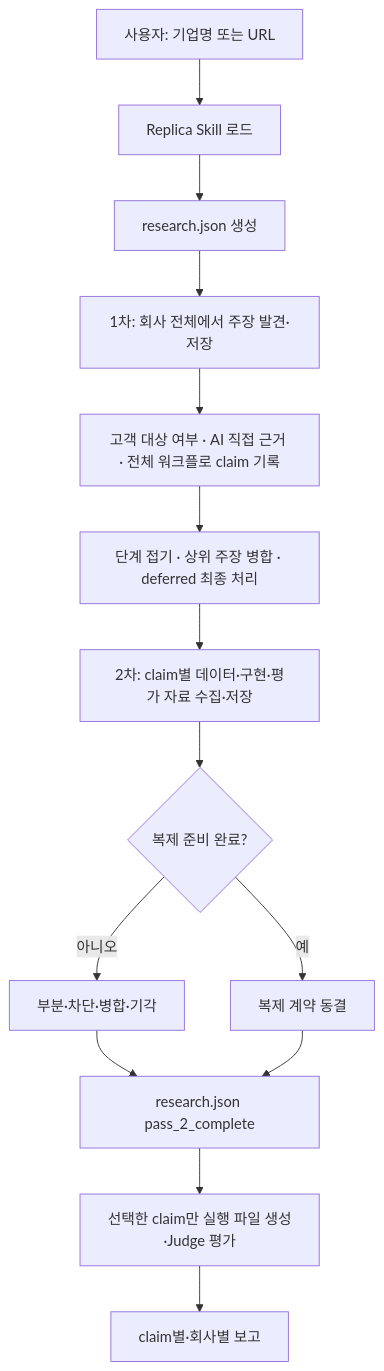
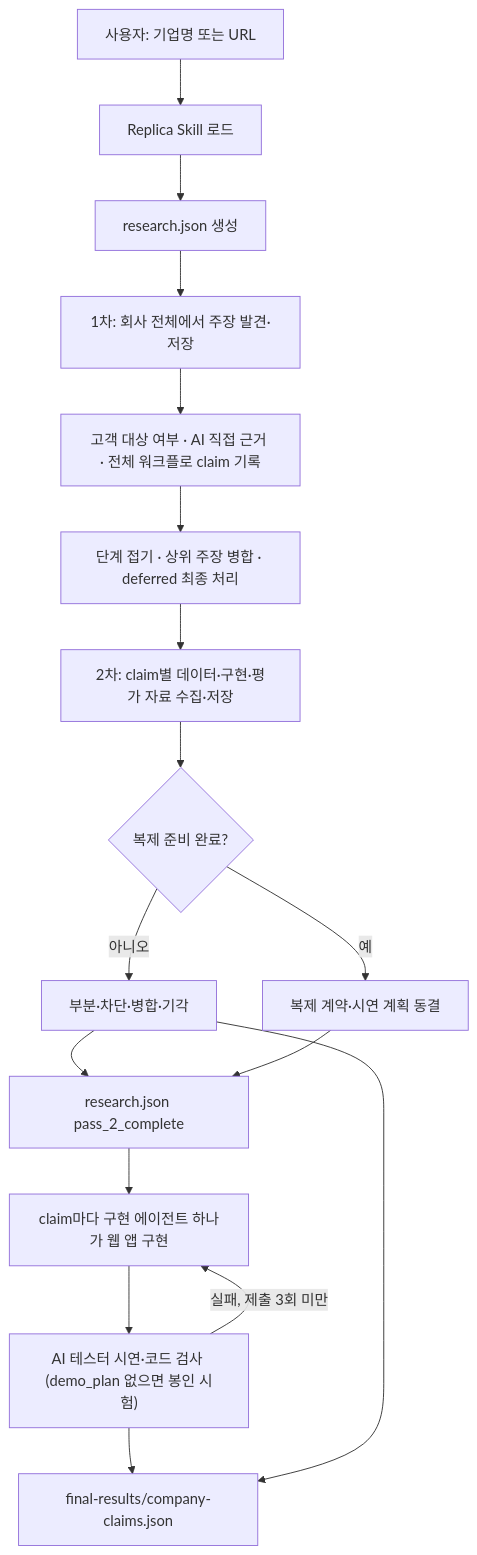
The diagram in README.md (lpshi2002/replica-mvp), drawn with Mermaid before and after one commit. The commit also changed other lines of this file and 1 other file, not shown here.

````diff
--- a/README.md
+++ b/README.md
@@ -143,16 +157,19 @@
 ```mermaid
 flowchart TD
     A["사용자: 기업명 또는 URL"] --> S["Replica Skill 로드"]
     S --> R["research.json 생성"]
     R --> B["1차: 회사 전체에서 주장 발견·저장"]
     B --> C["고객 대상 여부 · AI 직접 근거 · 전체 워크플로 claim 기록"]
     C --> D["단계 접기 · 상위 주장 병합 · deferred 최종 처리"]
     D --> E["2차: claim별 데이터·구현·평가 자료 수집·저장"]
     E --> F{"복제 준비 완료?"}
     F -->|아니오| G["부분·차단·병합·기각"]
-    F -->|예| H["복제 계약 동결"]
+    F -->|예| H["복제 계약·시연 계획 동결"]
     G --> K["research.json pass_2_complete"]
     H --> K
-    K --> I["선택한 claim만 실행 파일 생성·Judge 평가"]
-    I --> J["claim별·회사별 보고"]
+    K --> I["claim마다 구현 에이전트 하나가 웹 앱 구현"]
+    I --> L["AI 테스터 시연·코드 검사 (demo_plan 없으면 봉인 시험)"]
+    L -->|실패, 제출 3회 미만| I
+    L --> J["final-results/company-claims.json"]
+    G --> J
 ```
````
